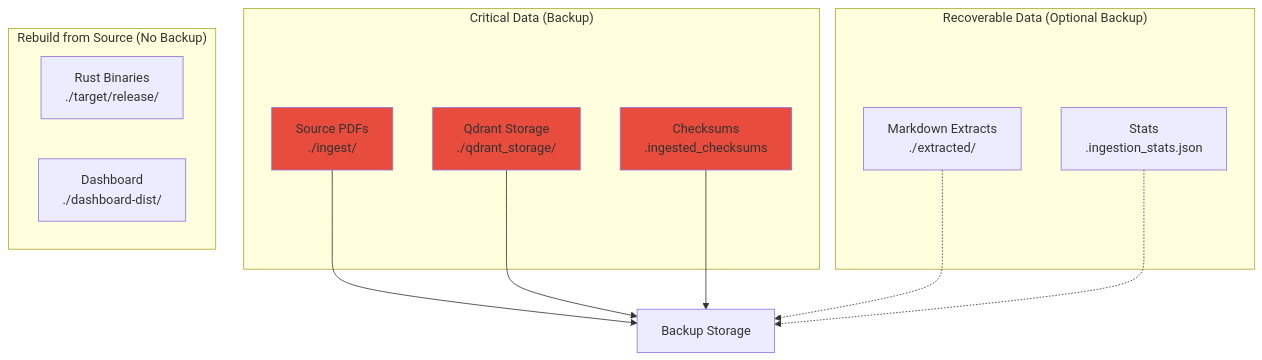
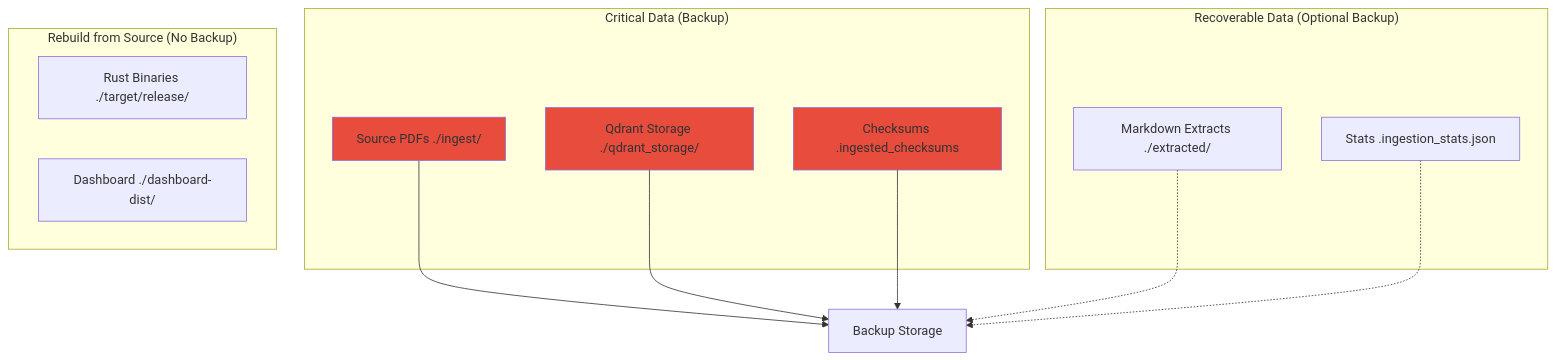
The fifth of 12 diagrams in wiki/Deployment-Architecture.md (softwarewrighter/rag-demo), drawn with Mermaid before and after one commit. The commit also changed other lines of this file and 7 other files, not shown here.

````diff
--- a/wiki/Deployment-Architecture.md
+++ b/wiki/Deployment-Architecture.md
@@ -339,29 +339,29 @@
 ```mermaid
 flowchart TB
     subgraph "Critical Data (Backup)"
-        PDF[Source PDFs<br/>./ingest/]
-        QD[Qdrant Storage<br/>./qdrant_storage/]
-        CHK[Checksums<br/>.ingested_checksums]
+        PDF[Source PDFs ./ingest/]
+        QD[Qdrant Storage ./qdrant_storage/]
+        CHK[Checksums .ingested_checksums]
     end
 
     subgraph "Recoverable Data (Optional Backup)"
-        EXTR[Markdown Extracts<br/>./extracted/]
-        STATS[Stats<br/>.ingestion_stats.json]
+        EXTR[Markdown Extracts ./extracted/]
+        STATS[Stats .ingestion_stats.json]
     end
 
     subgraph "Rebuild from Source (No Backup)"
-        BIN[Rust Binaries<br/>./target/release/]
-        DASH[Dashboard<br/>./dashboard-dist/]
+        BIN[Rust Binaries ./target/release/]
+        DASH[Dashboard ./dashboard-dist/]
     end
 
     PDF --> BACKUP[Backup Storage]
     QD --> BACKUP
     CHK --> BACKUP
 
     EXTR -.-> BACKUP
     STATS -.-> BACKUP
 
     style PDF fill:#e74c3c
     style QD fill:#e74c3c
     style CHK fill:#e74c3c
 ```
````
